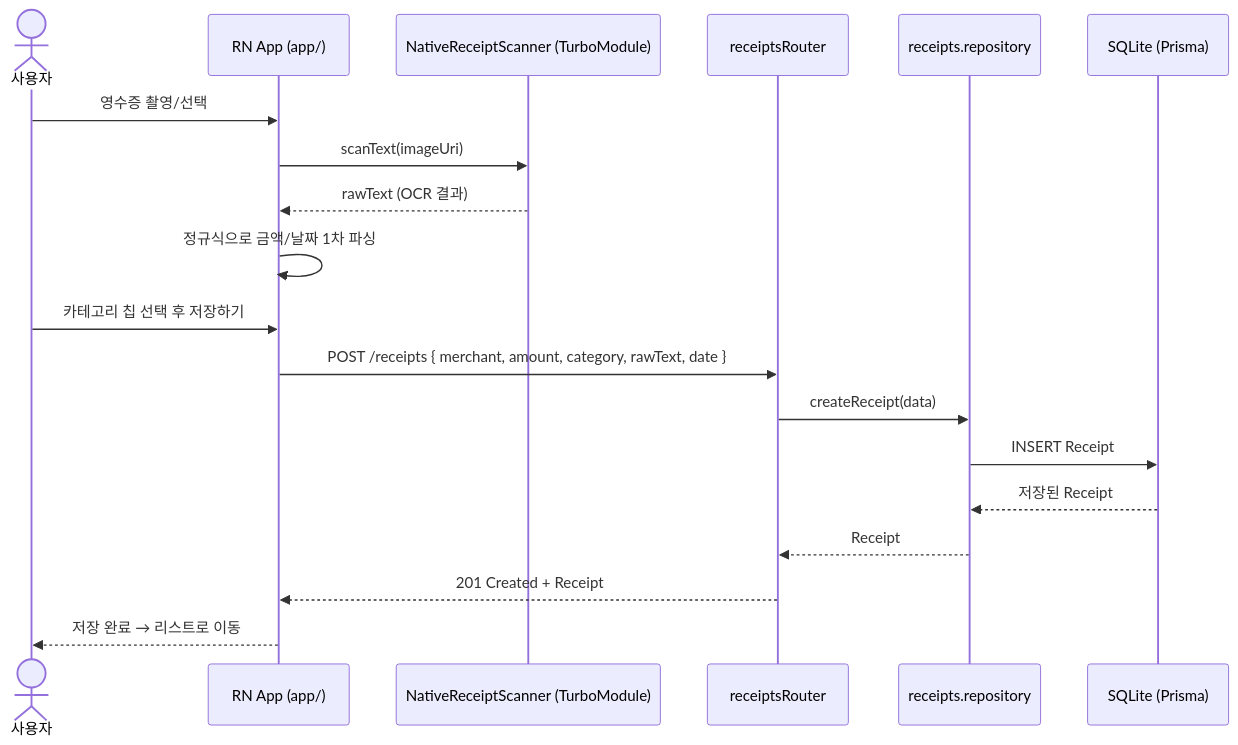
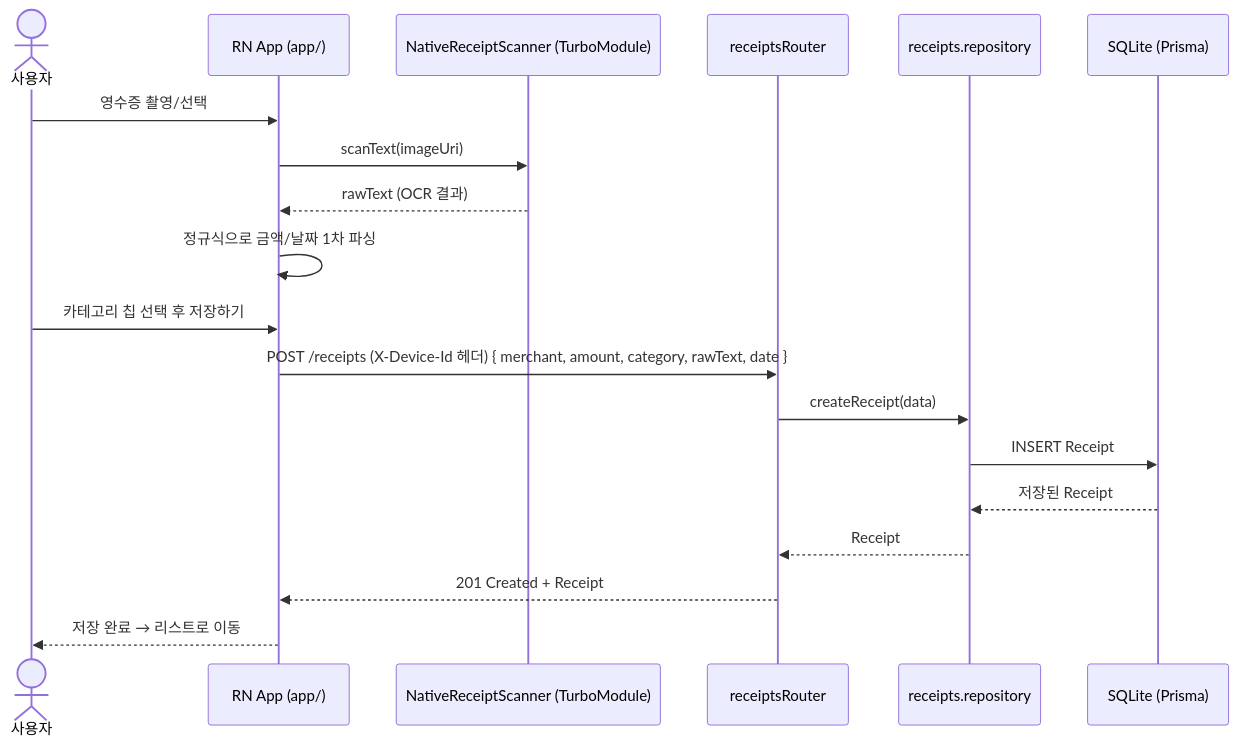
Before and after one commit to silverj0805/receipt-scanner-server: the third of 7 diagrams in docs/architecture.md, drawn with Mermaid. The commit also changed other lines of this file and 8 other files, not shown here.

````diff
--- a/docs/architecture.md
+++ b/docs/architecture.md
@@ -101,22 +105,22 @@
 ```mermaid
 sequenceDiagram
     actor U as 사용자
     participant App as RN App (app/)
     participant Native as NativeReceiptScanner (TurboModule)
     participant API as receiptsRouter
     participant Repo as receipts.repository
     participant DB as SQLite (Prisma)
 
     U->>App: 영수증 촬영/선택
     App->>Native: scanText(imageUri)
     Native-->>App: rawText (OCR 결과)
     App->>App: 정규식으로 금액/날짜 1차 파싱
     U->>App: 카테고리 칩 선택 후 저장하기
-    App->>API: POST /receipts { merchant, amount, category, rawText, date }
+    App->>API: POST /receipts (X-Device-Id 헤더) { merchant, amount, category, rawText, date }
     API->>Repo: createReceipt(data)
     Repo->>DB: INSERT Receipt
     DB-->>Repo: 저장된 Receipt
     Repo-->>API: Receipt
     API-->>App: 201 Created + Receipt
     App-->>U: 저장 완료 → 리스트로 이동
 ```
````
